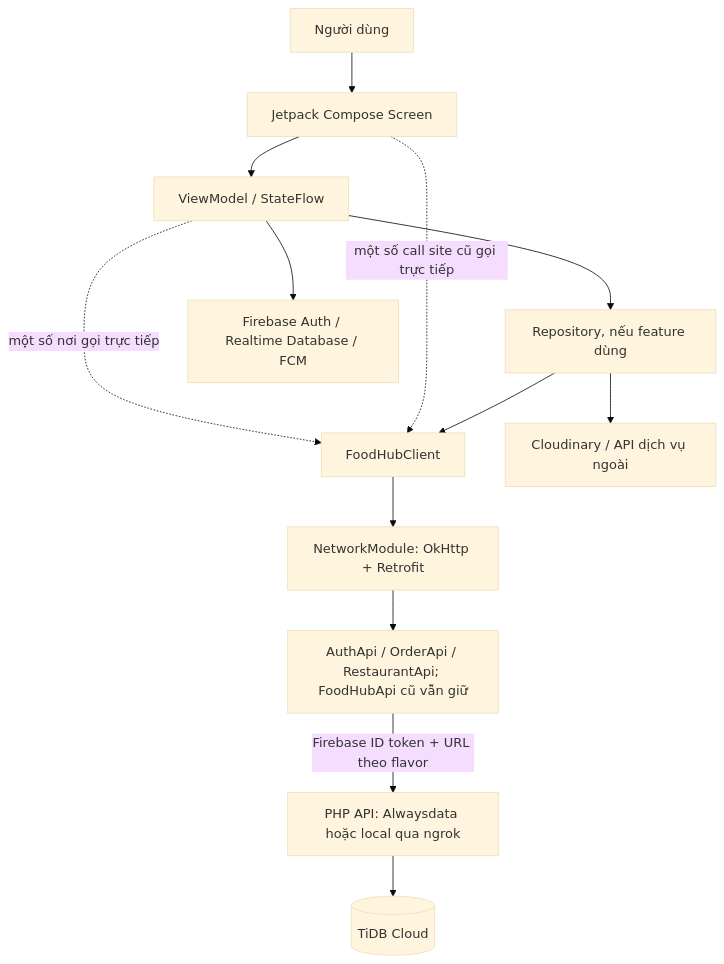
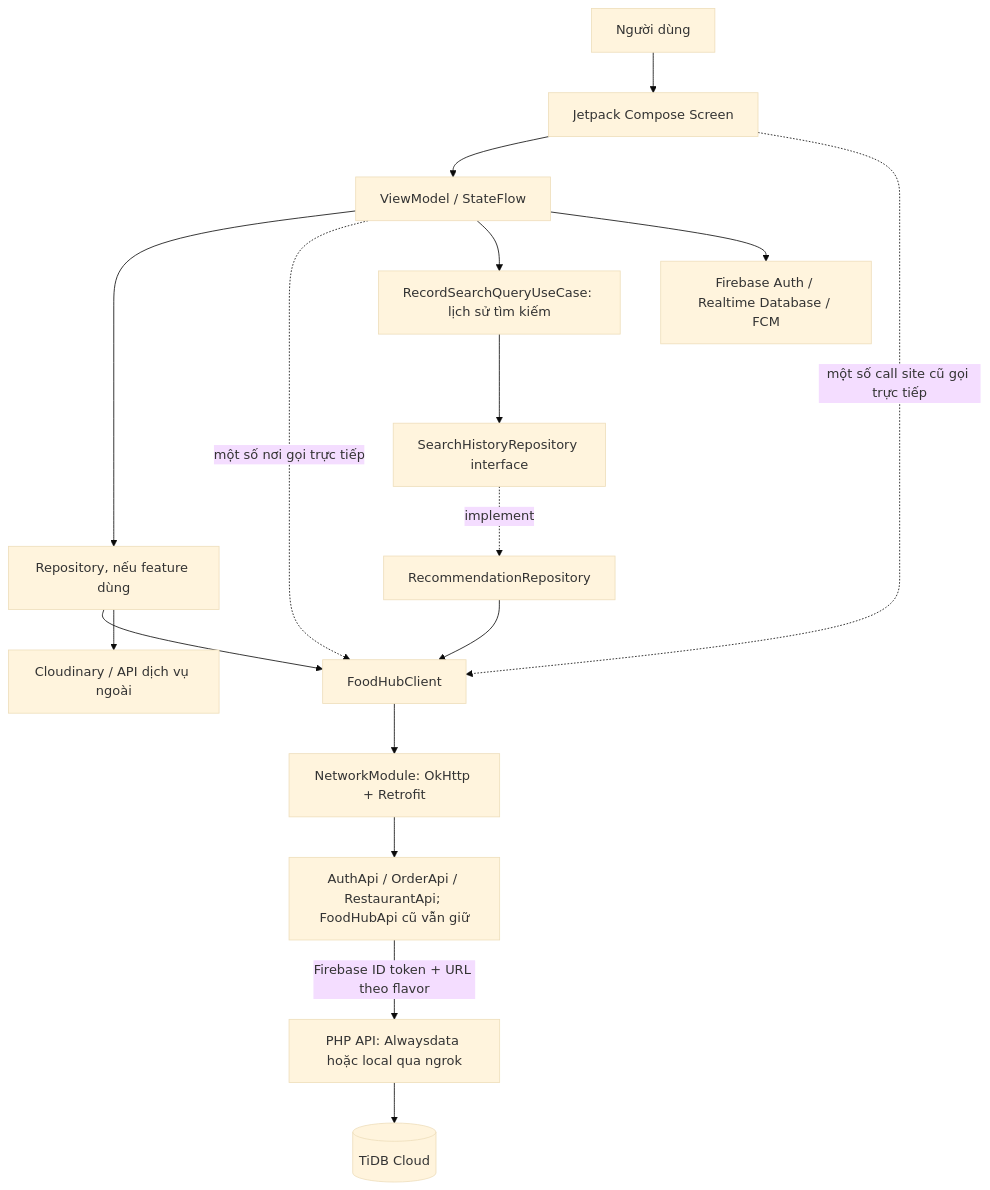
One commit to NgocAnh3042/DACS_3_Composer changed the first of 2 diagrams in docs/ANDROID_ARCHITECTURE.md. Above: the diagram before and after it, drawn with Mermaid (base theme). The commit also changed other lines of this file and 9 other files, not shown here.

Commit message:
refactor(domain): add search history use case

````diff
--- a/docs/ANDROID_ARCHITECTURE.md
+++ b/docs/ANDROID_ARCHITECTURE.md
@@ -7,15 +7,19 @@
 ```mermaid
 flowchart TD
     User[Người dùng] --> Screen[Jetpack Compose Screen]
     Screen --> VM[ViewModel / StateFlow]
     VM --> Repo[Repository, nếu feature dùng]
     VM -. một số nơi gọi trực tiếp .-> Client[FoodHubClient]
     Screen -. một số call site cũ gọi trực tiếp .-> Client
     Repo --> Client
+    VM --> UC[RecordSearchQueryUseCase: lịch sử tìm kiếm]
+    UC --> Contract[SearchHistoryRepository interface]
+    Contract -. implement .-> Impl[RecommendationRepository]
+    Impl --> Client
     Client --> Network[NetworkModule: OkHttp + Retrofit]
     Network --> Groups[AuthApi / OrderApi / RestaurantApi; FoodHubApi cũ vẫn giữ]
     Groups -->|Firebase ID token + URL theo flavor| PHP[PHP API: Alwaysdata hoặc local qua ngrok]
     PHP --> DB[(TiDB Cloud)]
     VM --> Firebase[Firebase Auth / Realtime Database / FCM]
     Repo --> External[Cloudinary / API dịch vụ ngoài]
 ```
````
